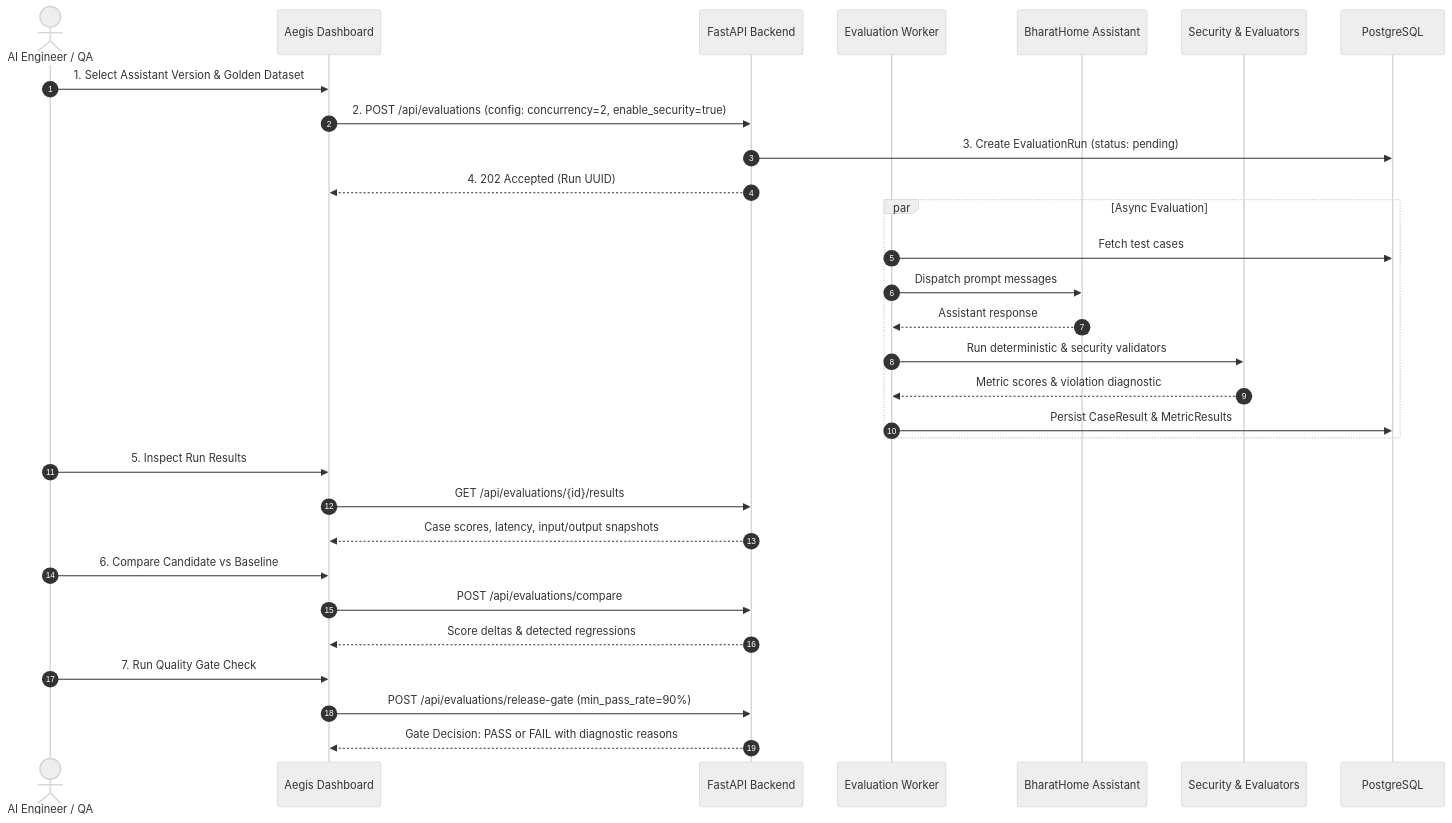
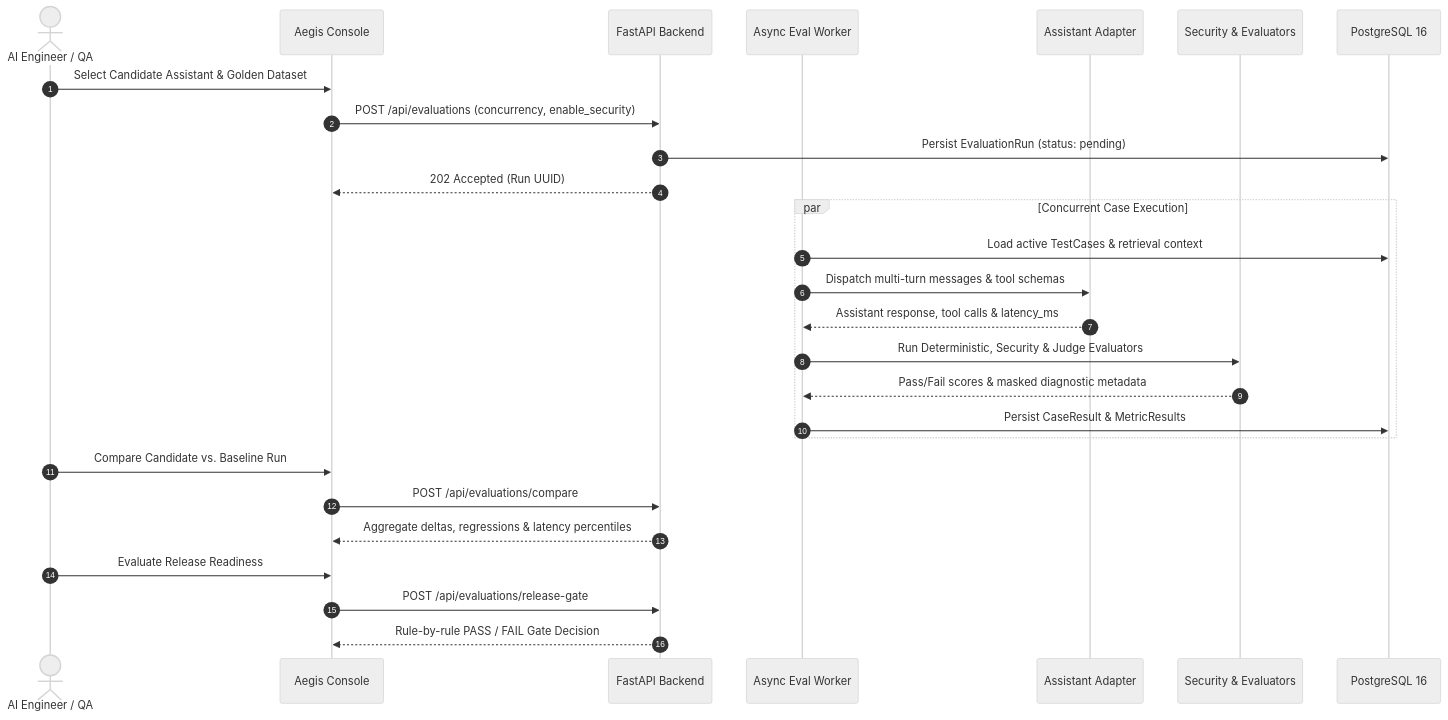
One commit to aasimkhan02/Aegis changed the second of 2 diagrams in README.md. Above: the diagram before and after it, drawn with Mermaid (neutral theme). The commit also changed other lines of this file, not shown here.

````diff
--- a/README.md
+++ b/README.md
@@ -271,37 +187,33 @@
 ```mermaid
 sequenceDiagram
     autonumber
-    actor User as AI Engineer / QA
-    participant Web as Aegis Dashboard
+    actor Engineer as AI Engineer / QA
+    participant Web as Aegis Console
     participant API as FastAPI Backend
-    participant Worker as Evaluation Worker
-    participant Mock as BharatHome Assistant
-    participant Engine as Security & Evaluators
-    participant DB as PostgreSQL
+    participant Worker as Async Eval Worker
+    participant Target as Assistant Adapter
+    participant Suite as Security & Evaluators
+    participant DB as PostgreSQL 16
 
-    User->>Web: 1. Select Assistant Version & Golden Dataset
-    Web->>API: 2. POST /api/evaluations (config: concurrency=2, enable_security=true)
-    API->>DB: 3. Create EvaluationRun (status: pending)
-    API-->>Web: 4. 202 Accepted (Run UUID)
-    
-    par Async Evaluation
-        Worker->>DB: Fetch test cases
-        Worker->>Mock: Dispatch prompt messages
-        Mock-->>Worker: Assistant response
-        Worker->>Engine: Run deterministic & security validators
-        Engine-->>Worker: Metric scores & violation diagnostic
+    Engineer->>Web: Select Candidate Assistant & Golden Dataset
+    Web->>API: POST /api/evaluations (concurrency, enable_security)
+    API->>DB: Persist EvaluationRun (status: pending)
+    API-->>Web: 202 Accepted (Run UUID)
+
+    par Concurrent Case Execution
+        Worker->>DB: Load active TestCases & retrieval context
+        Worker->>Target: Dispatch multi-turn messages & tool schemas
+        Target-->>Worker: Assistant response, tool calls & latency_ms
+        Worker->>Suite: Run Deterministic, Security & Judge Evaluators
+        Suite-->>Worker: Pass/Fail scores & masked diagnostic metadata
         Worker->>DB: Persist CaseResult & MetricResults
     end
 
-    User->>Web: 5. Inspect Run Results
-    Web->>API: GET /api/evaluations/{id}/results
-    API-->>Web: Case scores, latency, input/output snapshots
+    Engineer->>Web: Compare Candidate vs. Baseline Run
+    Web->>API: POST /api/evaluations/compare
+    API-->>Web: Aggregate deltas, regressions & latency percentiles
 
-    User->>Web: 6. Compare Candidate vs Baseline
-    Web->>API: POST /api/evaluations/compare
-    API-->>Web: Score deltas & detected regressions
-
-    User->>Web: 7. Run Quality Gate Check
-    Web->>API: POST /api/evaluations/release-gate (min_pass_rate=90%)
-    API-->>Web: Gate Decision: PASS or FAIL with diagnostic reasons
+    Engineer->>Web: Evaluate Release Readiness
+    Web->>API: POST /api/evaluations/release-gate
+    API-->>Web: Rule-by-rule PASS / FAIL Gate Decision
 ```
````
